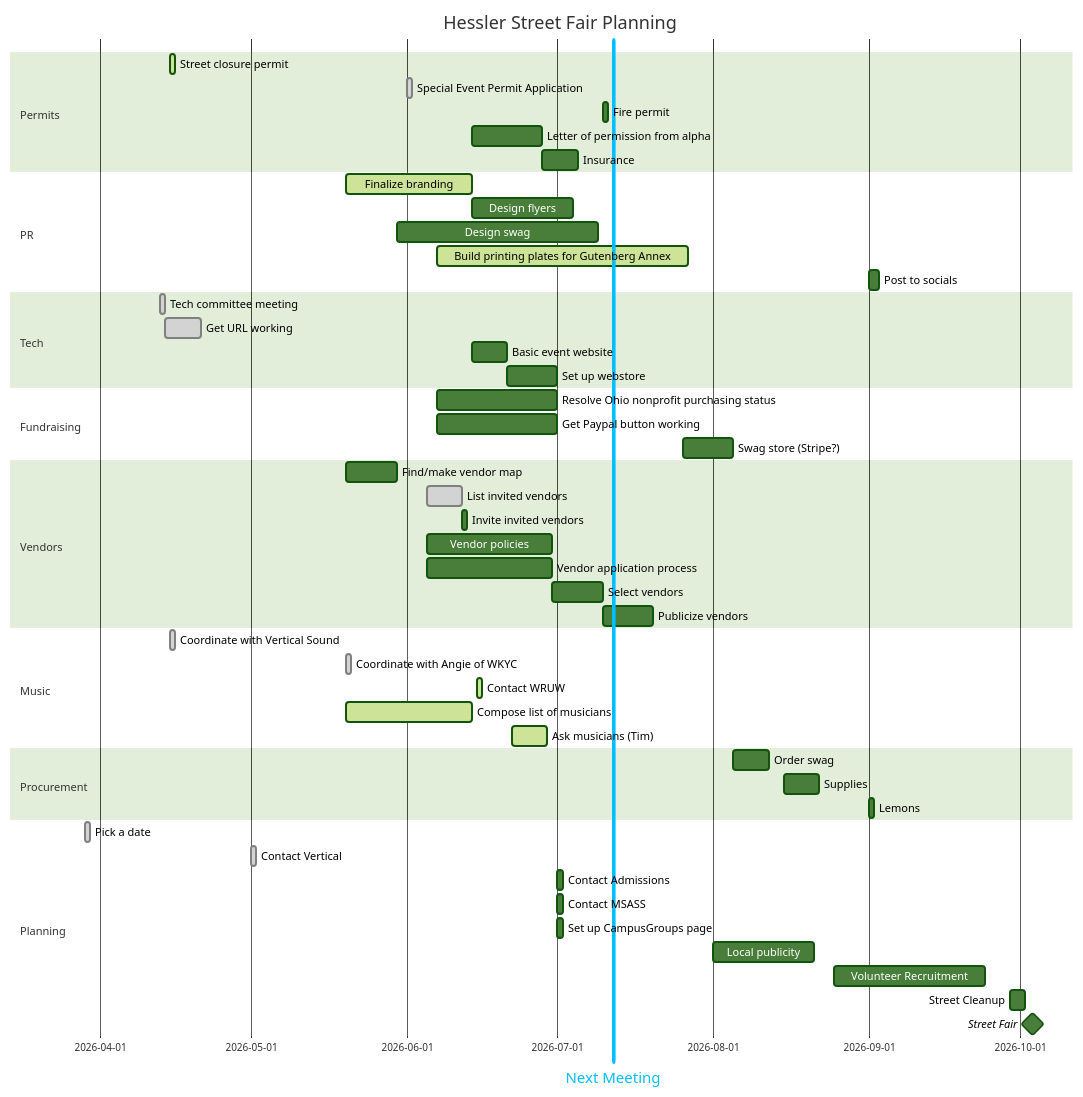
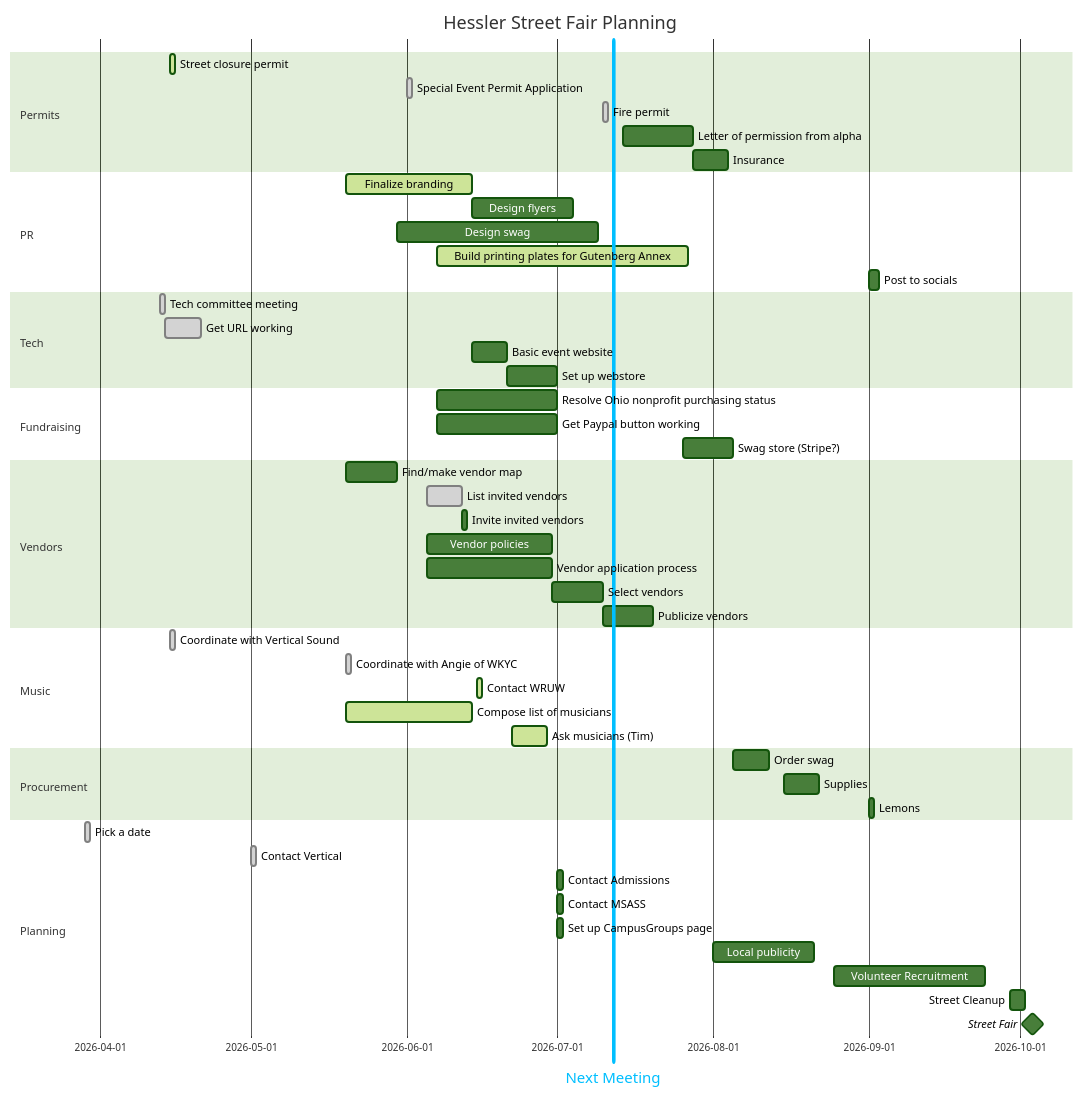
The first of 2 diagrams in files/fairplan.md (KCollins/KCollins.github.io), drawn with Mermaid before and after one commit.

````diff
--- a/files/fairplan.md
+++ b/files/fairplan.md
@@ -1,59 +1,59 @@
 ```mermaid
 %%{init: {'theme': 'forest'}}%%
 gantt
     title  Hessler Street Fair Planning
     dateFormat YYYY-MM-DD
     section Permits
             Street closure permit    :active, streetpermit, 2026-04-15, 1d
             Special Event Permit Application    :done, eventpermit, 2026-06-01, 1d
-            Fire permit    :firepermit, after vendorselect eventpermit, 1d
-            Letter of permission from alpha: alphaletter, 2026-06-14, 14d
+            Fire permit    :done, firepermit, after vendorselect eventpermit, 1d
+            Letter of permission from alpha: alphaletter, 2026-07-14, 14d
             Insurance: insurance, after alphaletter, 7d
 
     section PR
             Finalize branding :active, brand, 2026-05-20, 25d
             %% Reminder: get binder back from Zoe!
             Design flyers : flyers, after brand, 20d
             Design swag    : designswag, 2026-05-30, 40d
             Build printing plates for Gutenberg Annex: active, 3dplates, 2026-06-07, 50d
             Post to socials: socials, 2026-09-01, 2d
     section Tech
             Tech committee meeting: done, techmeet, 2026-04-13, 1d
             Get URL working:done, url, after techmeet, 7d
             Basic event website: basicsite, after brand, 7d
             Set up webstore: webstore, after basicsite, 10d
     section Fundraising
             Resolve Ohio nonprofit purchasing status: nonprofitstatus, 2026-06-07, 24d
             Get Paypal button working: paypal, 2026-06-07, 24d
             Swag store (Stripe?)    :swagstore, after designswag webstore swag, 10d
     section Vendors
             Find/make vendor map: vendormap, 2026-05-20, 10d
             List invited vendors: done, invitelist, 2026-06-05, 7d
             Invite invited vendors: invite, after invitelist eventpermit, 1d
             Vendor policies: policy, 2026-06-05, 25d
             Vendor application process: vendorapp, 2026-06-05, 25d
             Select vendors: vendorselect, after invitelist vendorapp, 10d
             Publicize vendors: vendor-announce, after vendorselect, 10d
     section Music
             Coordinate with Vertical Sound    :done, vertical, 2026-04-15, 1d
             Coordinate with Angie of WKYC    : done, wkyc, 2026-05-20, 1d
             Contact WRUW:active,  wruw, 2026-06-15, 1d
             Compose list of musicians: active, musiclist, 2026-05-20, 25d
             Ask musicians (Tim): active, timask, 2026-06-22, 7d
     section Procurement
             Order swag:   swag, after swagstore, 7d
             Supplies: supplies, 2026-08-15, 7d
             Lemons: lemons, 2026-09-01, 1d
     section Planning
             Pick a date :done, pick, 2026-03-29, 1d
             Next Meeting :vert, v1, 2026-07-12, 0d
             Contact Vertical: done, vertical, 2026-05-01, 1d
             Contact Admissions: admissions, 2026-07-01, 1d
             Contact MSASS: msass, 2026-07-01, 1d
             Set up CampusGroups page: campusgroups, 2026-07-01, 1d
             Local publicity: publicize, 2026-08-01, 20d
             Volunteer Recruitment: recruit, 2026-08-25, 30d
             Street Cleanup: cleanup, 2026-09-29, 3d
             Street Fair        :milestone, streetfair, 2026-10-03, 1d
 
 ```
````
